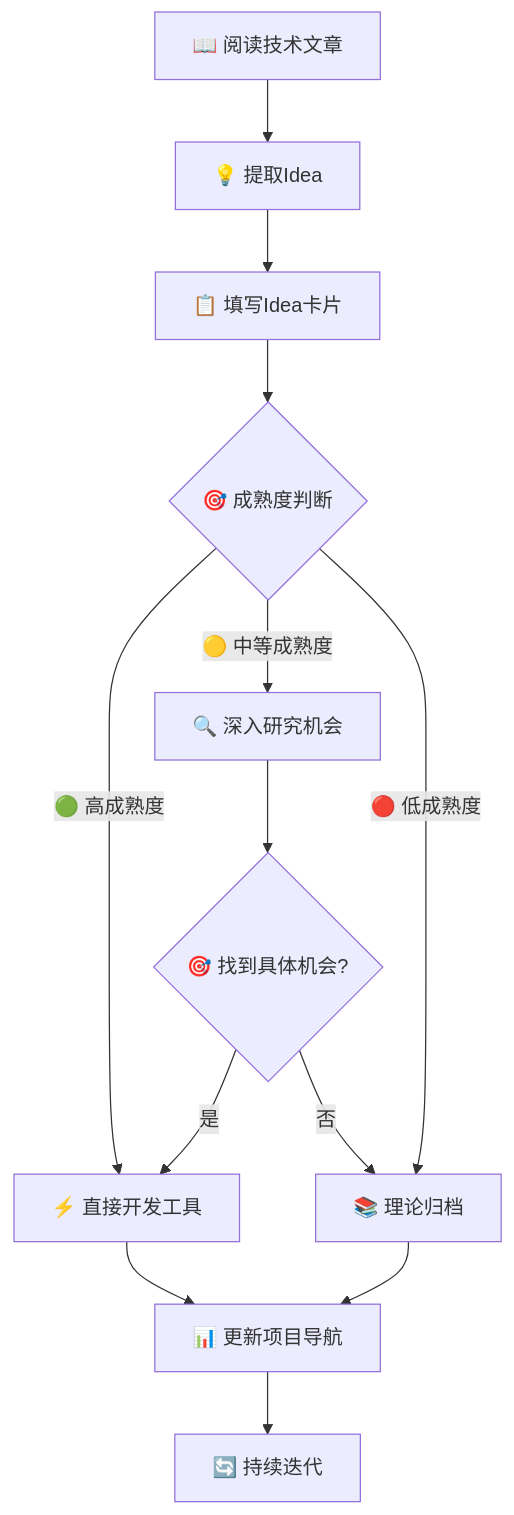
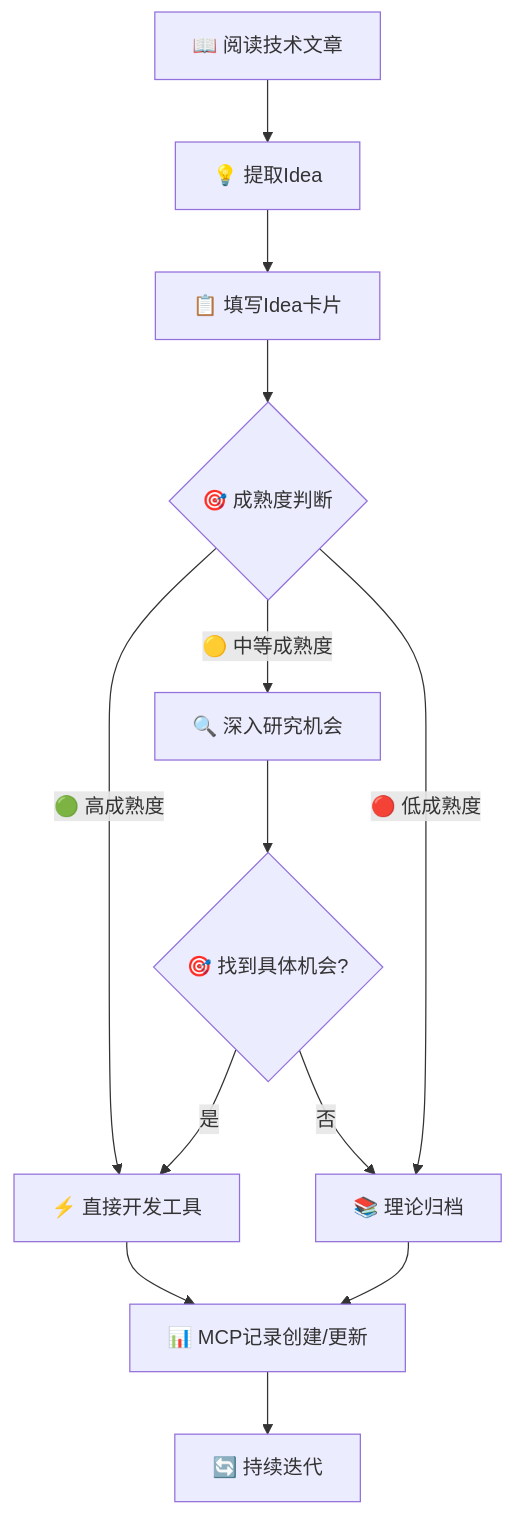
One commit to petrolpost/AI-driven-idea changed the first of 2 diagrams in .trae/rules/project_rules.md. Above: the diagram before and after it, drawn with Mermaid. The commit also changed other lines of this file, not shown here.

````diff
--- a/.trae/rules/project_rules.md
+++ b/.trae/rules/project_rules.md
@@ -187,15 +193,15 @@
 ```mermaid
 graph TD
     A[📖 阅读技术文章] --> B[💡 提取Idea]
     B --> C[📋 填写Idea卡片]
     C --> D{🎯 成熟度判断}
     D -->|🟢 高成熟度| E[⚡ 直接开发工具]
     D -->|🟡 中等成熟度| F[🔍 深入研究机会]
     D -->|🔴 低成熟度| G[📚 理论归档]
     F --> H{🎯 找到具体机会?}
     H -->|是| E
     H -->|否| G
-    E --> I[📊 更新项目导航]
+    E --> I[📊 MCP记录创建/更新]
     G --> I
     I --> J[🔄 持续迭代]
 ```
````
